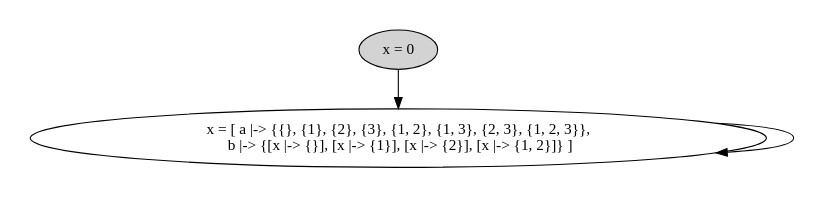
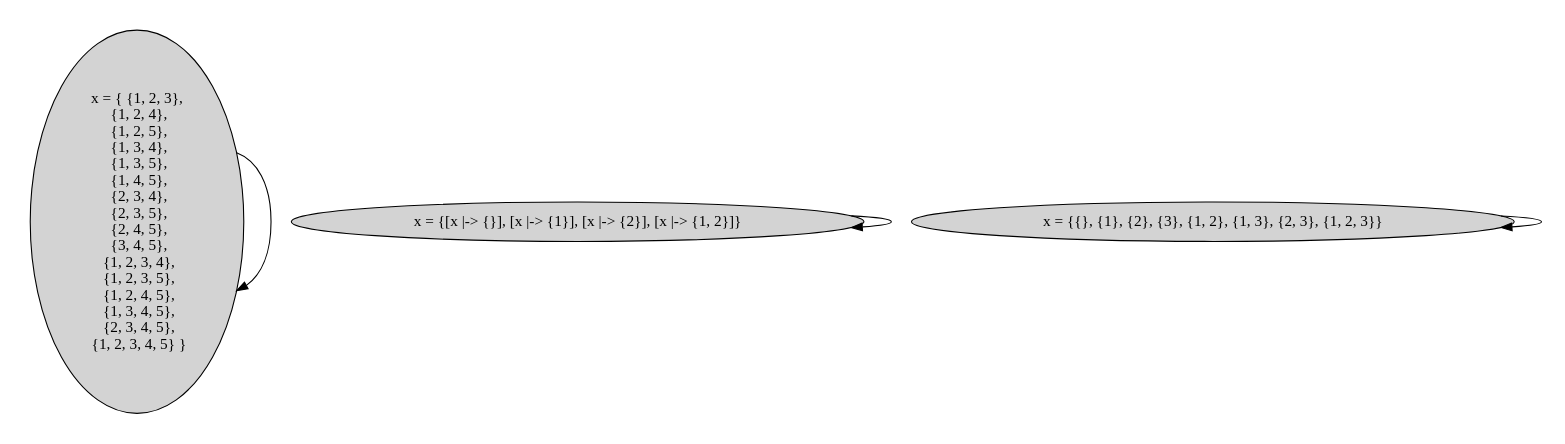
Before and after one commit to will62794/tla-web: the diagram in specs/with_state_graphs/simple_subset.tla.dot, drawn with Graphviz. The commit also changed 16 other files, not shown here.

```diff
--- a/specs/with_state_graphs/simple_subset.tla.dot
+++ b/specs/with_state_graphs/simple_subset.tla.dot
@@ -1,12 +1,13 @@
 strict digraph DiskGraph {
 nodesep=0.35;
 subgraph cluster_graph {
 color="white";
-8132692779957249086 [label="x = 0",style = filled]
-8132692779957249086 -> 508347894411327184 [label="",color="black",fontcolor="black"];
-508347894411327184 [label="x = [ a |-> {{}, {1}, {2}, {3}, {1, 2}, {1, 3}, {2, 3}, {1, 2, 3}},\n  b |-> {[x |-> {}], [x |-> {1}], [x |-> {2}], [x |-> {1, 2}]} ]"];
-508347894411327184 -> 508347894411327184 [label="",color="black",fontcolor="black"];
-{rank = same; 8132692779957249086;}
-{rank = same; 508347894411327184;}
+-1489894719359147593 [label="x = {{}, {1}, {2}, {3}, {1, 2}, {1, 3}, {2, 3}, {1, 2, 3}}",style = filled]
+855182845656677526 [label="x = {[x |-> {}], [x |-> {1}], [x |-> {2}], [x |-> {1, 2}]}",style = filled]
+4866142488524875717 [label="x = { {1, 2, 3},\n  {1, 2, 4},\n  {1, 2, 5},\n  {1, 3, 4},\n  {1, 3, 5},\n  {1, 4, 5},\n  {2, 3, 4},\n  {2, 3, 5},\n  {2, 4, 5},\n  {3, 4, 5},\n  {1, 2, 3, 4},\n  {1, 2, 3, 5},\n  {1, 2, 4, 5},\n  {1, 3, 4, 5},\n  {2, 3, 4, 5},\n  {1, 2, 3, 4, 5} }",style = filled]
+-1489894719359147593 -> -1489894719359147593 [label="",color="black",fontcolor="black"];
+855182845656677526 -> 855182845656677526 [label="",color="black",fontcolor="black"];
+4866142488524875717 -> 4866142488524875717 [label="",color="black",fontcolor="black"];
+{rank = same; 855182845656677526;4866142488524875717;-1489894719359147593;}
 }
 }
```
